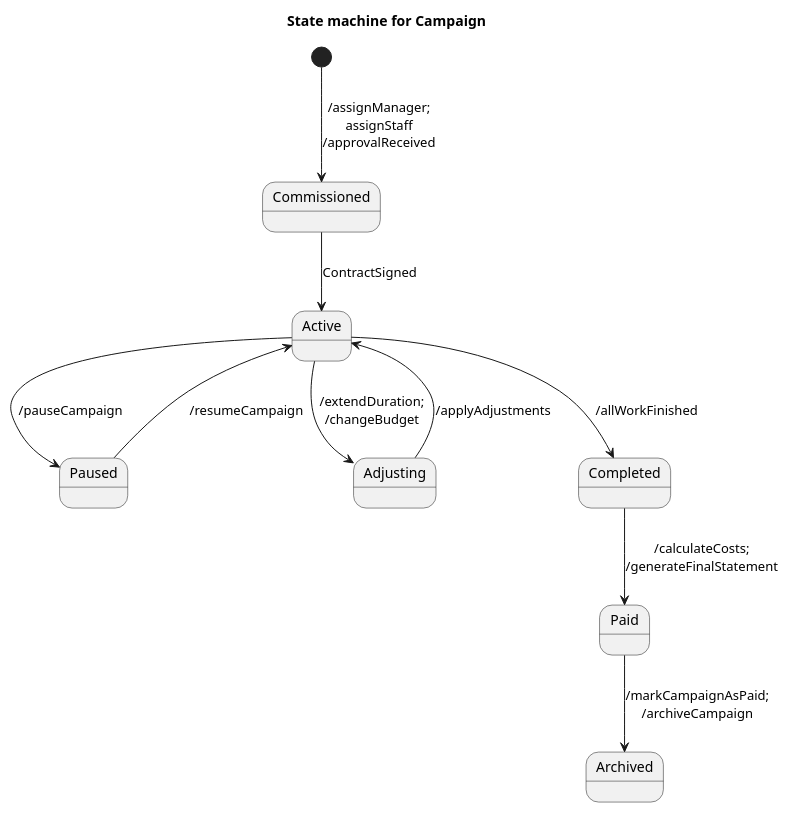
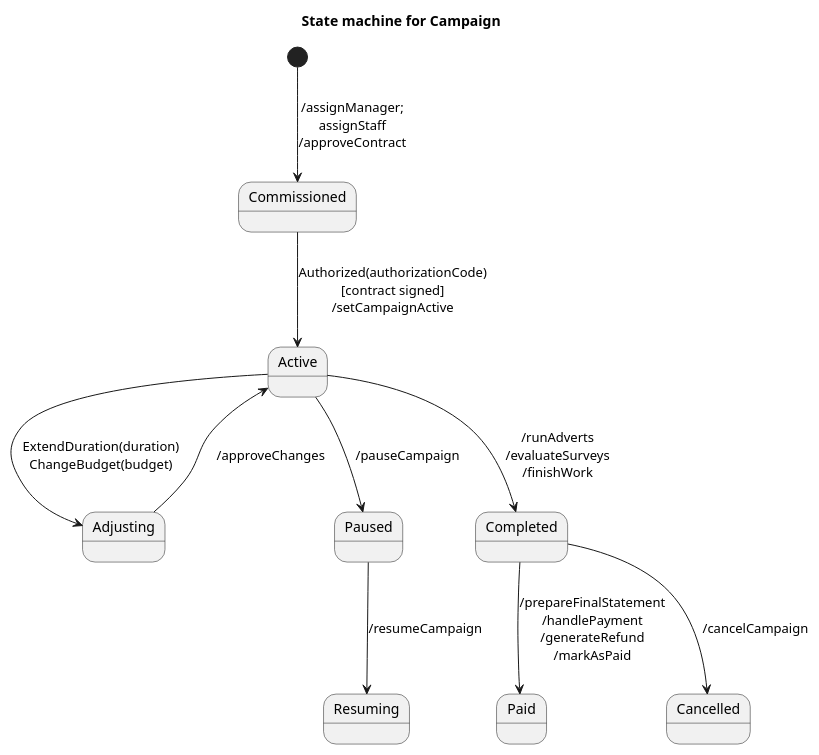
One commit to maimunafaria/State_transition_Diagram_generated_by_LLM changed the diagram in results/plantuml_pipeline_run2/runs/open_source__mistral__rag/case_78_class_campaign_version_2/run_01.initial.puml. Above: the diagram before and after it, drawn with PlantUML. The commit also changed 472 other files, not shown here.

```diff
--- a/results/plantuml_pipeline_run2/runs/open_source__mistral__rag/case_78_class_campaign_version_2/run_01.initial.puml
+++ b/results/plantuml_pipeline_run2/runs/open_source__mistral__rag/case_78_class_campaign_version_2/run_01.initial.puml
@@ -1,22 +1,27 @@
 @startuml
 title State machine for Campaign
 
 state Commissioned
 state Active
+state Adjusting
 state Paused
-state Adjusting
+state Resuming
 state Completed
 state Paid
+state Cancelled
 
-[*] --> Commissioned : /assignManager;\nassignStaff\n/approvalReceived
+[*] --> Commissioned : /assignManager;\nassignStaff\n/approveContract
 
-Commissioned --> Active : ContractSigned
+Commissioned --> Active : Authorized(authorizationCode)\n[contract signed]\n/setCampaignActive
+
+Active --> Adjusting : ExtendDuration(duration)\nChangeBudget(budget)
+Adjusting --> Active : /approveChanges
+
 Active --> Paused : /pauseCampaign
-Paused --> Active : /resumeCampaign
-Active --> Adjusting : /extendDuration;\n/changeBudget
-Adjusting --> Active : /applyAdjustments
-Active --> Completed : /allWorkFinished
-Completed --> Paid : /calculateCosts;\n/generateFinalStatement
-Paid --> Archived : /markCampaignAsPaid;\n/archiveCampaign
+Paused --> Resuming : /resumeCampaign
+
+Active --> Completed : /runAdverts\n/evaluateSurveys\n/finishWork
+Completed --> Cancelled : /cancelCampaign
+Completed --> Paid : /prepareFinalStatement\n/handlePayment\n/generateRefund\n/markAsPaid
 
 @enduml
```
